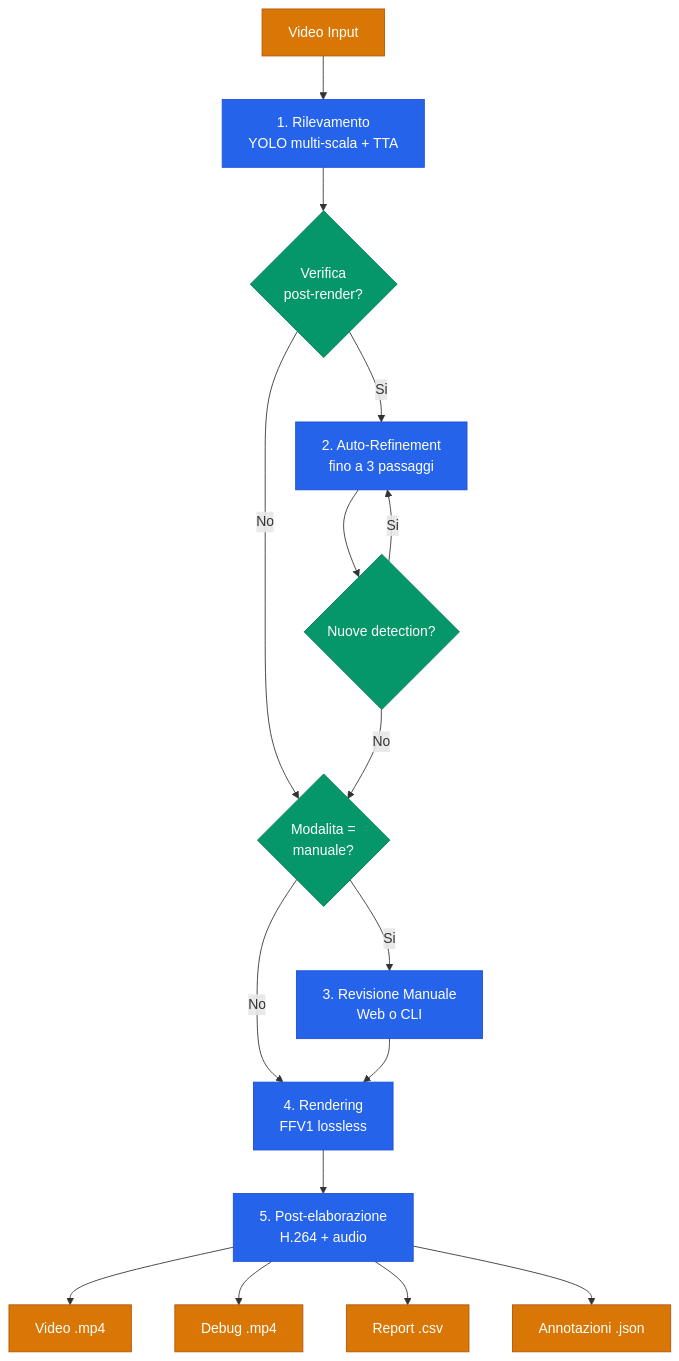
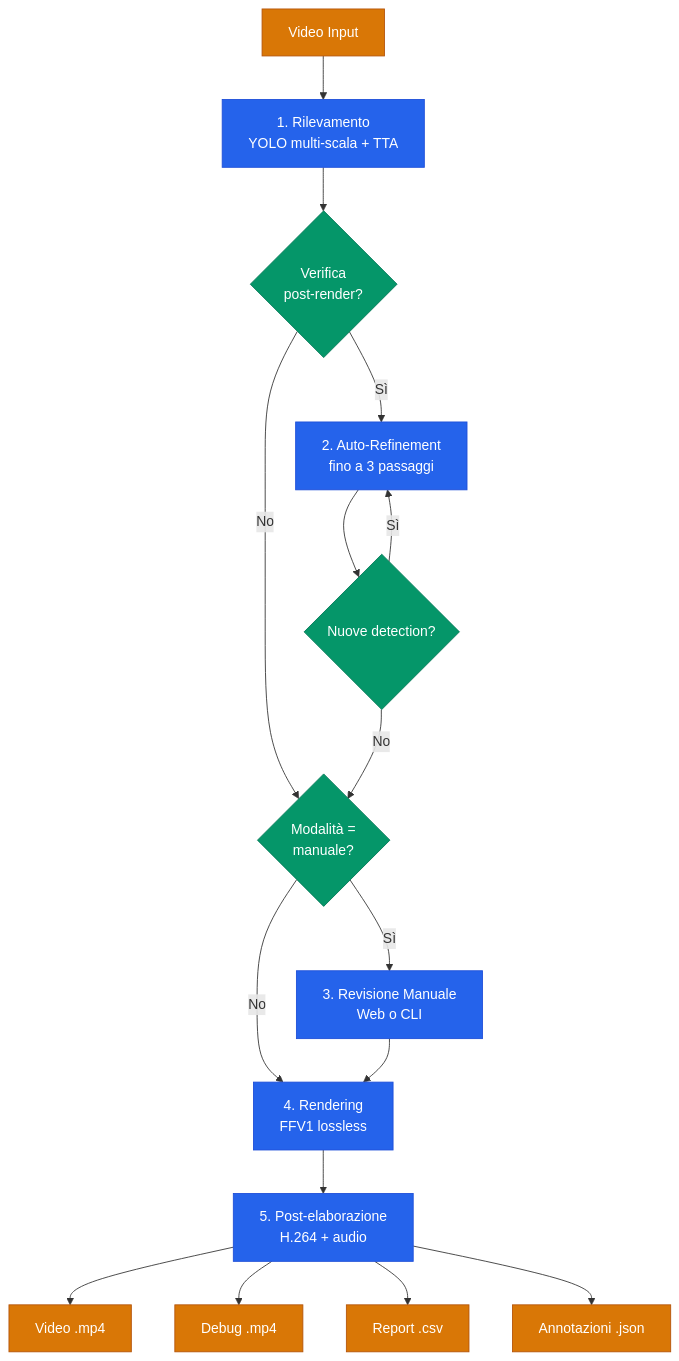
The fourth of 4 diagrams in README.md (AndreaBonn/video-anonimyzer), drawn with Mermaid before and after one commit. The commit also changed other lines of this file and 22 other files, not shown here.

````diff
--- a/README.md
+++ b/README.md
@@ -598,29 +663,29 @@
 ```mermaid
 %%{init: {'theme': 'default'}}%%
 graph TD
   input["Video Input"] --> detect["1. Rilevamento<br/>YOLO multi-scala + TTA"]
   detect --> check_refine{"Verifica<br/>post-render?"}
-  check_refine -->|"Si"| refine["2. Auto-Refinement<br/>fino a 3 passaggi"]
+  check_refine -->|"Sì"| refine["2. Auto-Refinement<br/>fino a 3 passaggi"]
   check_refine -->|"No"| check_review
   refine --> new_detect{"Nuove detection?"}
-  new_detect -->|"Si"| refine
-  new_detect -->|"No"| check_review{"Modalita =<br/>manuale?"}
-  check_review -->|"Si"| review["3. Revisione Manuale<br/>Web o CLI"]
+  new_detect -->|"Sì"| refine
+  new_detect -->|"No"| check_review{"Modalità =<br/>manuale?"}
+  check_review -->|"Sì"| review["3. Revisione Manuale<br/>Web o CLI"]
   check_review -->|"No"| render
   review --> render["4. Rendering<br/>FFV1 lossless"]
   render --> postproc["5. Post-elaborazione<br/>H.264 + audio"]
   postproc --> out_vid["Video .mp4"]
   postproc --> out_debug["Debug .mp4"]
   postproc --> out_csv["Report .csv"]
   postproc --> out_json["Annotazioni .json"]
 
   classDef core fill:#2563eb,stroke:#1d4ed8,color:#fff
   classDef data fill:#d97706,stroke:#b45309,color:#fff
   classDef ext fill:#6b7280,stroke:#4b5563,color:#fff
   classDef engine fill:#059669,stroke:#047857,color:#fff
 
   class input data
   class detect,refine,review,render,postproc core
   class check_refine,new_detect,check_review engine
   class out_vid,out_debug,out_csv,out_json data
 ```
````
